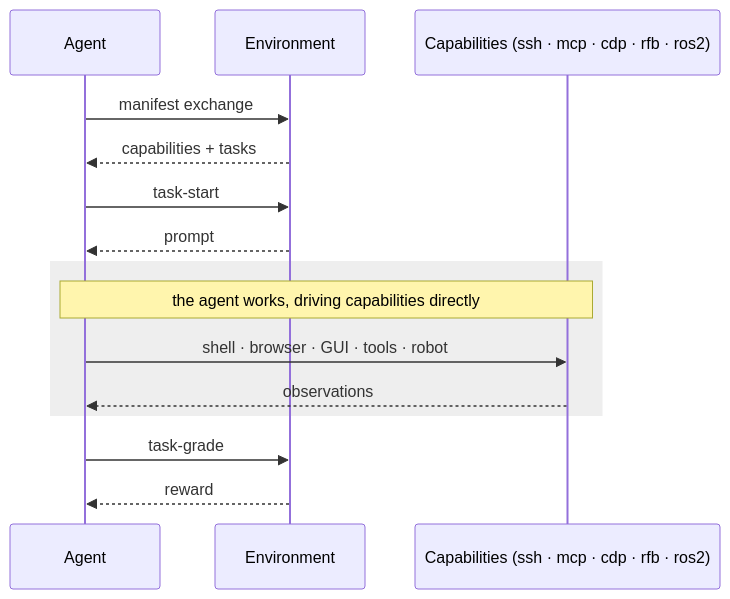
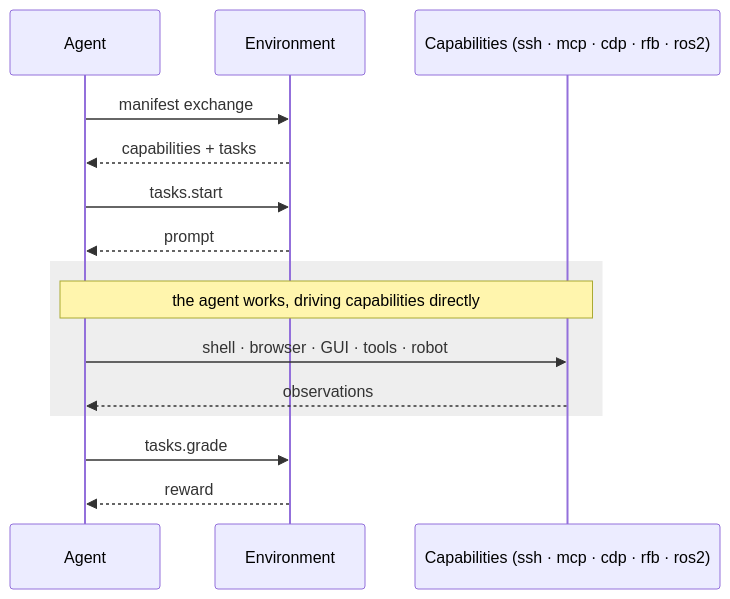
Before and after one commit to hud-evals/hud-python: the diagram in docs/v6/index.mdx, drawn with Mermaid. The commit also changed other lines of this file and 70 other files, not shown here.

````diff
--- a/docs/v6/index.mdx
+++ b/docs/v6/index.mdx
@@ -21,17 +21,17 @@
 ```mermaid
 sequenceDiagram
     participant Agent
     participant Env as Environment
     participant Caps as Capabilities (ssh · mcp · cdp · rfb · ros2)
     Agent->>Env: manifest exchange
     Env-->>Agent: capabilities + tasks
-    Agent->>Env: task-start
+    Agent->>Env: tasks.start
     Env-->>Agent: prompt
     rect rgb(238,238,238)
     Note over Agent,Caps: the agent works, driving capabilities directly
     Agent->>Caps: shell · browser · GUI · tools · robot
     Caps-->>Agent: observations
     end
-    Agent->>Env: task-grade
+    Agent->>Env: tasks.grade
     Env-->>Agent: reward
 ```
````
